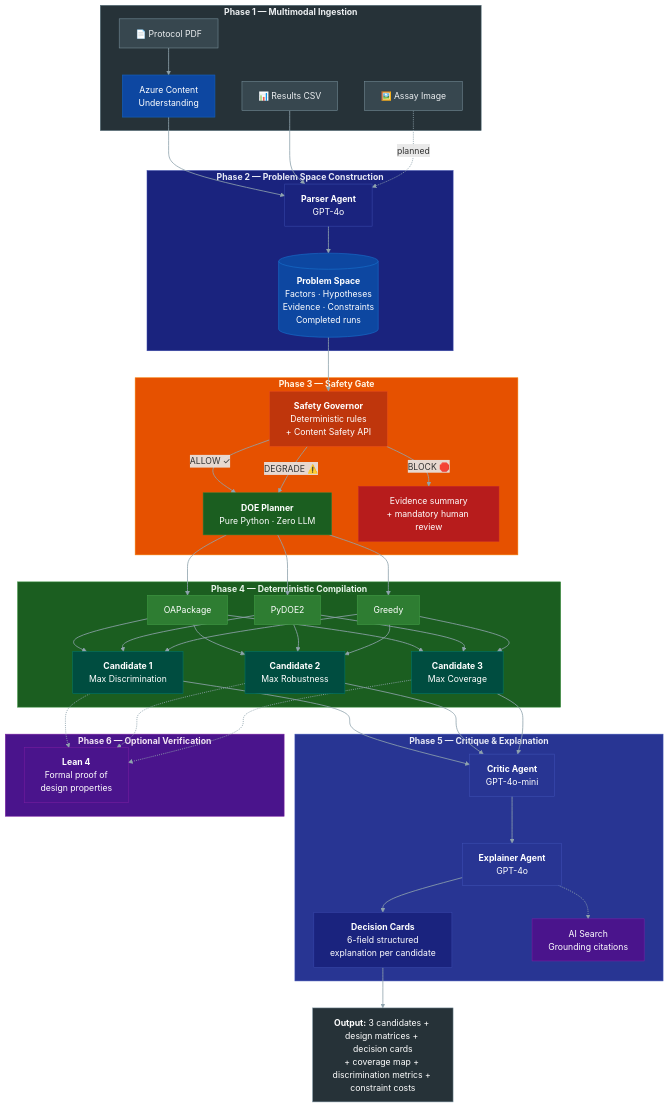
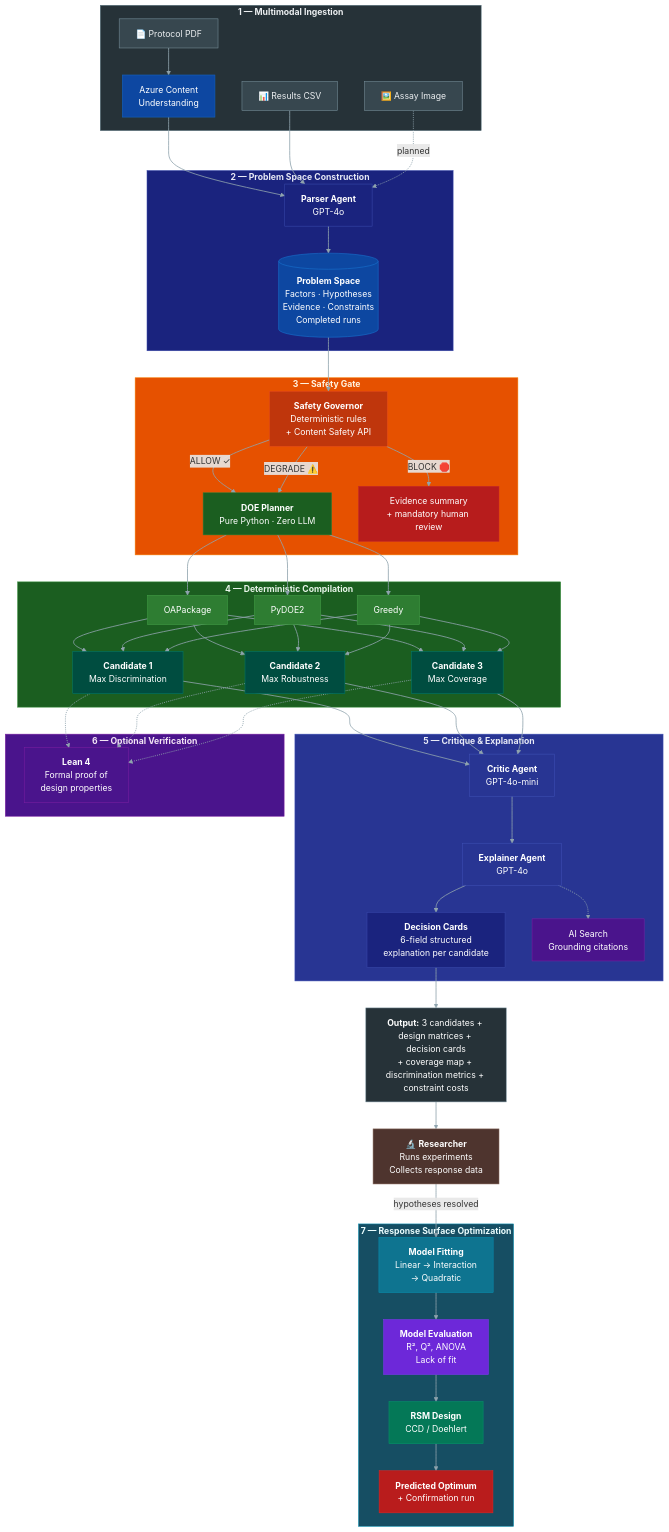
The third of 5 diagrams in README.md (AntonioJesusGarciaPalomo/Tessellarium), drawn with Mermaid before and after one commit. The commit also changed other lines of this file, not shown here.

Commit message:
README.md phase 2 integrated and explained

````diff
--- a/README.md
+++ b/README.md
@@ -75,6 +104,6 @@
 ```mermaid
 flowchart TB
-    subgraph Phase1["<b>Phase 1 — Multimodal Ingestion</b>"]
+    subgraph S1["<b>1 — Multimodal Ingestion</b>"]
         PDF["📄 Protocol PDF"]
         CSV["📊 Results CSV"]
         IMG["🖼️ Assay Image"]
@@ -82,7 +111,7 @@
         PDF --> CU
     end
 
-    subgraph Phase2["<b>Phase 2 — Problem Space Construction</b>"]
+    subgraph S2["<b>2 — Problem Space Construction</b>"]
         PA["<b>Parser Agent</b><br/>GPT-4o"]
         PS[("<b>Problem Space</b><br/>Factors · Hypotheses<br/>Evidence · Constraints<br/>Completed runs")]
         CU --> PA
@@ -91,7 +120,7 @@
         PA --> PS
     end
 
-    subgraph Phase3["<b>Phase 3 — Safety Gate</b>"]
+    subgraph S3["<b>3 — Safety Gate</b>"]
         SG["<b>Safety Governor</b><br/>Deterministic rules<br/>+ Content Safety API"]
         PS --> SG
         SG -->|"ALLOW ✓"| DOE
@@ -99,7 +128,7 @@
         SG -->|"BLOCK 🛑"| Block["Evidence summary<br/>+ mandatory human review"]
     end
 
-    subgraph Phase4["<b>Phase 4 — Deterministic Compilation</b>"]
+    subgraph S4["<b>4 — Deterministic Compilation</b>"]
         DOE["<b>DOE Planner</b><br/>Pure Python · Zero LLM"]
         OA["OAPackage"]
         PD["PyDOE2"]
@@ -110,7 +139,7 @@
         OA & PD & GR --> C3["<b>Candidate 3</b><br/>Max Coverage"]
     end
 
-    subgraph Phase5["<b>Phase 5 — Critique & Explanation</b>"]
+    subgraph S5["<b>5 — Critique & Explanation</b>"]
         CR["<b>Critic Agent</b><br/>GPT-4o-mini"]
         EX["<b>Explainer Agent</b><br/>GPT-4o"]
         DC["<b>Decision Cards</b><br/>6-field structured<br/>explanation per candidate"]
@@ -118,19 +147,30 @@
         EX -.-> SR["AI Search<br/>Grounding citations"]
     end
 
-    subgraph Phase6["<b>Phase 6 — Optional Verification</b>"]
+    subgraph S6["<b>6 — Optional Verification</b>"]
         LN["<b>Lean 4</b><br/>Formal proof of<br/>design properties"]
         C1 & C2 & C3 -.-> LN
     end
 
+    subgraph S7["<b>7 — Response Surface Optimization</b>"]
+        FIT["<b>Model Fitting</b><br/>Linear → Interaction<br/>→ Quadratic"]
+        EVAL["<b>Model Evaluation</b><br/>R², Q², ANOVA<br/>Lack of fit"]
+        RSMX["<b>RSM Design</b><br/>CCD / Doehlert"]
+        OPTX["<b>Predicted Optimum</b><br/>+ Confirmation run"]
+        FIT --> EVAL --> RSMX --> OPTX
+    end
+
     DC --> OUT["<b>Output:</b> 3 candidates + design matrices + decision cards<br/>+ coverage map + discrimination metrics + constraint costs"]
+    OUT --> RUN["🔬 <b>Researcher</b><br/>Runs experiments<br/>Collects response data"]
+    RUN -->|"hypotheses resolved"| FIT
 
-    style Phase1 fill:#263238,stroke:#546e7a,color:#eceff1
-    style Phase2 fill:#1a237e,stroke:#3949ab,color:#e8eaf6
-    style Phase3 fill:#e65100,stroke:#f57c00,color:#fff3e0
-    style Phase4 fill:#1b5e20,stroke:#388e3c,color:#e8f5e9
-    style Phase5 fill:#283593,stroke:#3f51b5,color:#e8eaf6
-    style Phase6 fill:#4a148c,stroke:#7b1fa2,color:#f3e5f5
+    style S1 fill:#263238,stroke:#546e7a,color:#eceff1
+    style S2 fill:#1a237e,stroke:#3949ab,color:#e8eaf6
+    style S3 fill:#e65100,stroke:#f57c00,color:#fff3e0
+    style S4 fill:#1b5e20,stroke:#388e3c,color:#e8f5e9
+    style S5 fill:#283593,stroke:#3f51b5,color:#e8eaf6
+    style S6 fill:#4a148c,stroke:#7b1fa2,color:#f3e5f5
+    style S7 fill:#164e63,stroke:#0891b2,color:#ecfeff
 
     style PDF fill:#37474f,stroke:#78909c,color:#eceff1
     style CSV fill:#37474f,stroke:#78909c,color:#eceff1
@@ -158,7 +198,13 @@
 
     style LN fill:#4a148c,stroke:#7b1fa2,color:#ffffff
 
+    style FIT fill:#0e7490,stroke:#0891b2,color:#ffffff
+    style EVAL fill:#6d28d9,stroke:#7c3aed,color:#ffffff
+    style RSMX fill:#047857,stroke:#059669,color:#ffffff
+    style OPTX fill:#b91c1c,stroke:#dc2626,color:#ffffff
+
     style OUT fill:#263238,stroke:#78909c,color:#ffffff
+    style RUN fill:#4e342e,stroke:#8d6e63,color:#ffffff
 
     linkStyle default stroke:#90a4ae,stroke-width:1.5px
 ```
````
